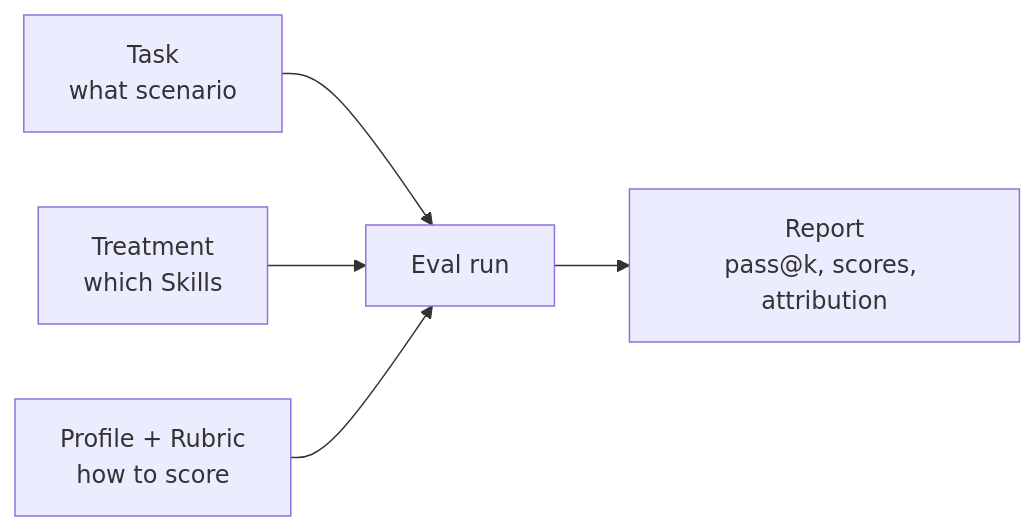
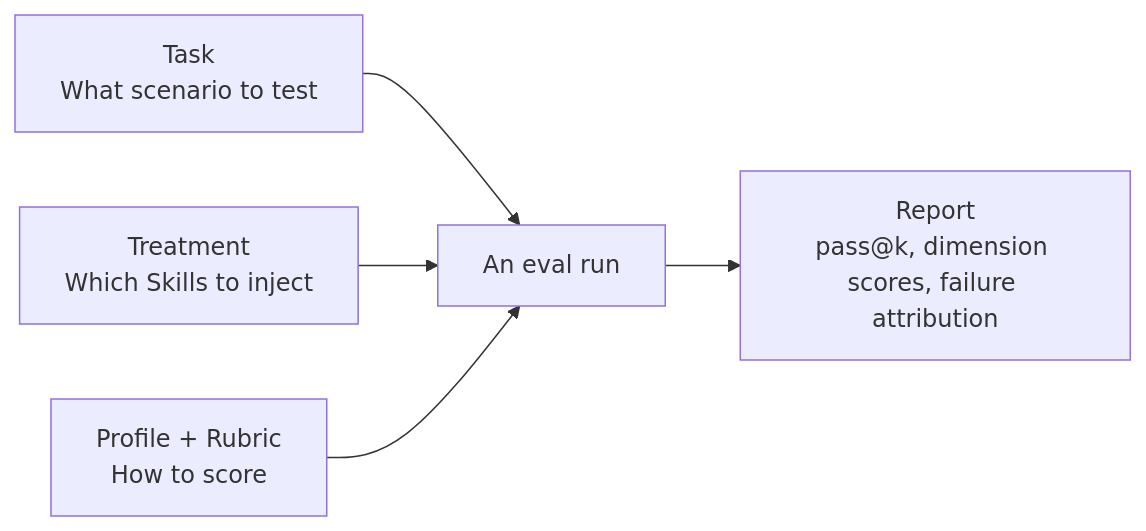
Before and after one commit to rpamis/comet-website-docs: the first of 3 diagrams in en/eval/configuration.mdx, drawn with Mermaid. The commit also changed other lines of this file and 24 other files, not shown here.

````diff
--- a/en/eval/configuration.mdx
+++ b/en/eval/configuration.mdx
@@ -22,7 +22,7 @@
 ```mermaid
 flowchart LR
-    T["Task<br/>what scenario"] --> R["Eval run"]
-    TR["Treatment<br/>which Skills"] --> R
-    P["Profile + Rubric<br/>how to score"] --> R
-    R --> REP["Report<br/>pass@k, scores, attribution"]
+    T["Task<br/>What scenario to test"] --> R["An eval run"]
+    TR["Treatment<br/>Which Skills to inject"] --> R
+    P["Profile + Rubric<br/>How to score"] --> R
+    R --> REP["Report<br/>pass@k, dimension scores, failure attribution"]
 ```
````
